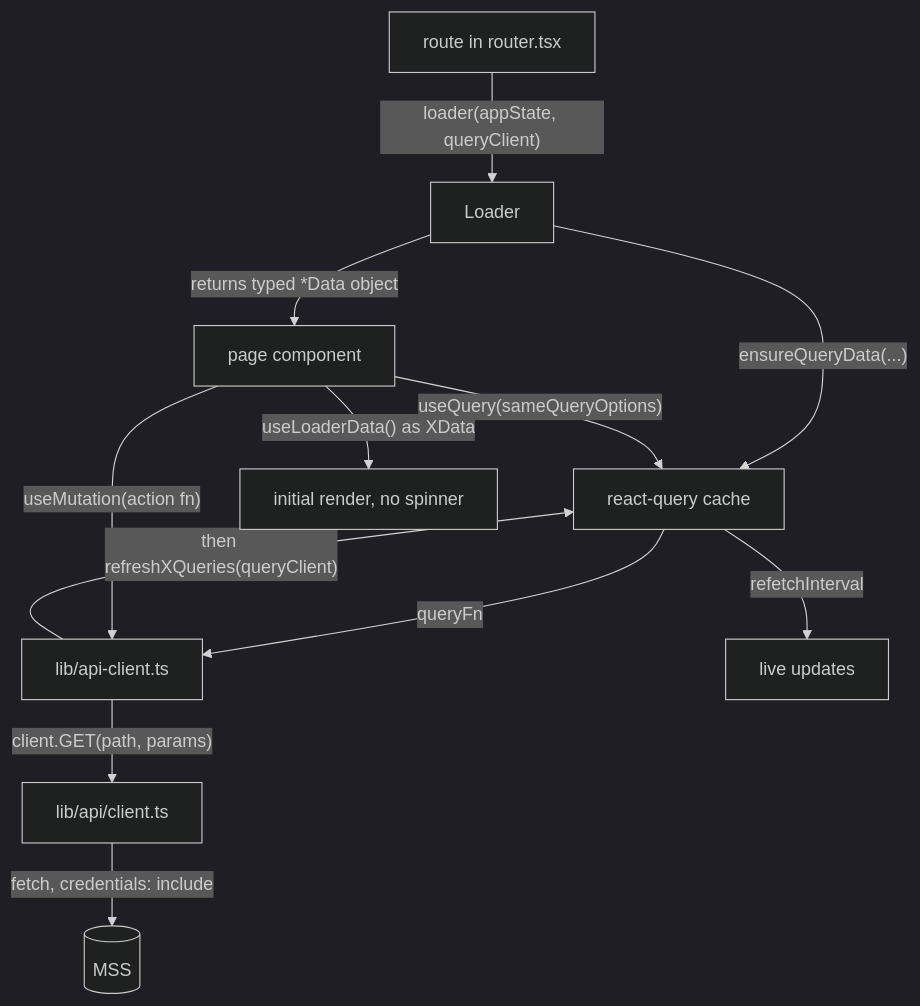
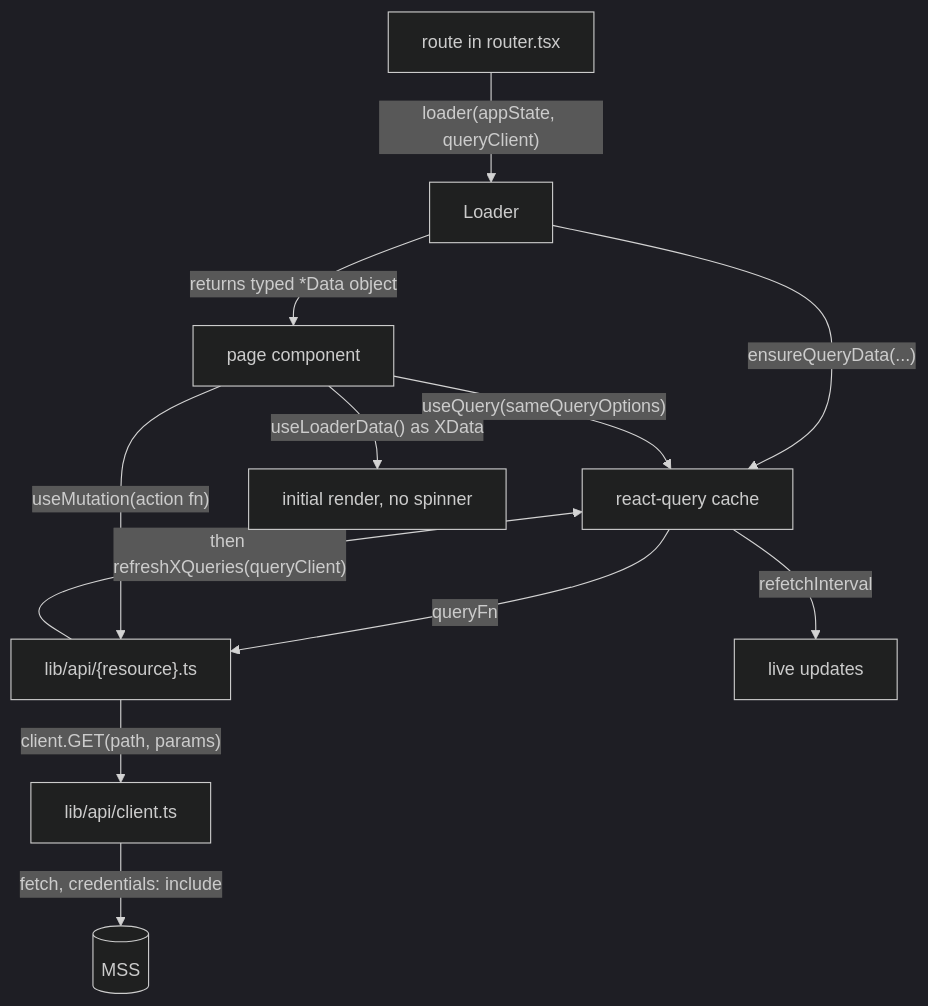
The diagram in apps/tergite-dashboard/DESIGN.md (tergite/tergite-frontend), drawn with Mermaid (dark theme) before and after one commit. The commit also changed other lines of this file and 52 other files, not shown here.

````diff
--- a/apps/tergite-dashboard/DESIGN.md
+++ b/apps/tergite-dashboard/DESIGN.md
@@ -118,14 +118,14 @@
 ```mermaid
 flowchart TD
     Route["route in router.tsx"] -->|"loader(appState, queryClient)"| Loader
     Loader -->|"ensureQueryData(...)"| RQ["react-query cache"]
-    RQ -->|"queryFn"| AC["lib/api-client.ts"]
+    RQ -->|"queryFn"| AC["lib/api/{resource}.ts"]
     AC -->|"client.GET(path, params)"| Client["lib/api/client.ts"]
     Client -->|"fetch, credentials: include"| MSS[(MSS)]
     Loader -->|"returns typed *Data object"| Page["page component"]
     Page -->|"useLoaderData() as XData"| Initial["initial render, no spinner"]
     Page -->|"useQuery(sameQueryOptions)"| RQ
     RQ -->|"refetchInterval"| Live["live updates"]
     Page -->|"useMutation(action fn)"| AC
     AC -->|"then refreshXQueries(queryClient)"| RQ
 ```
````
